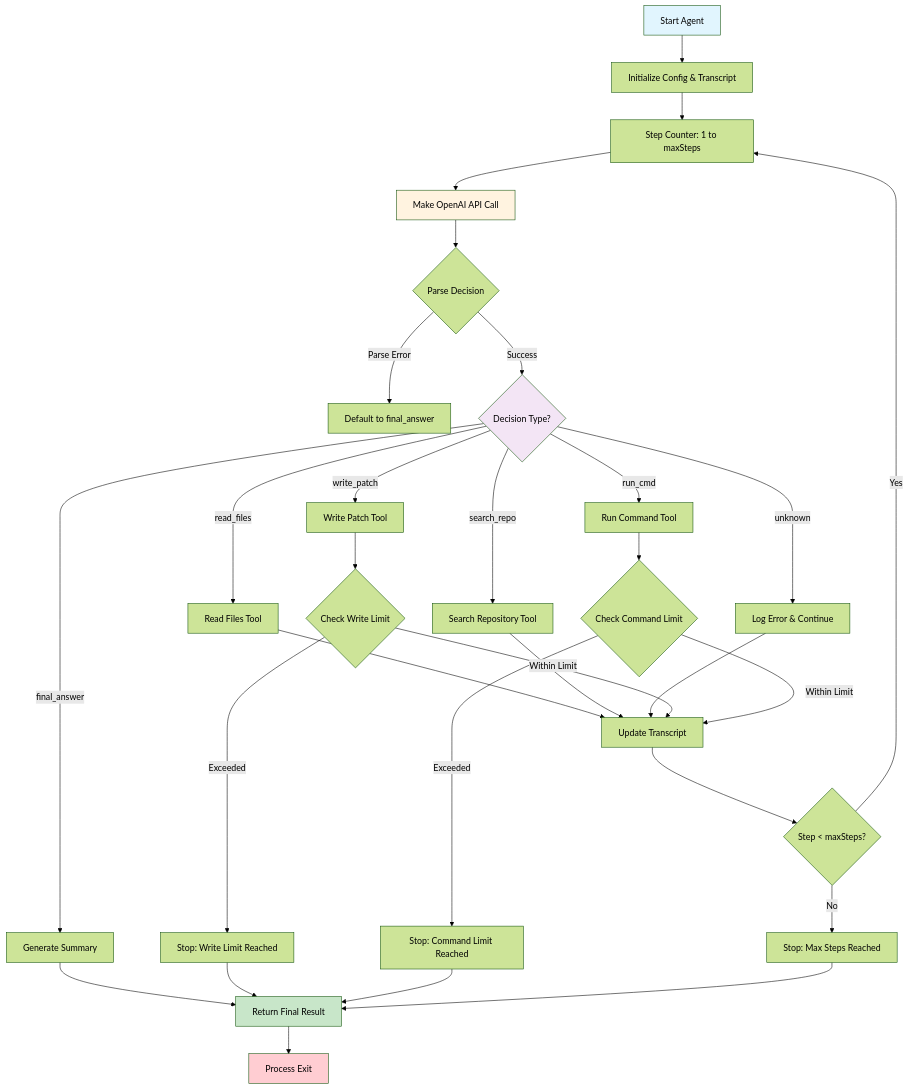
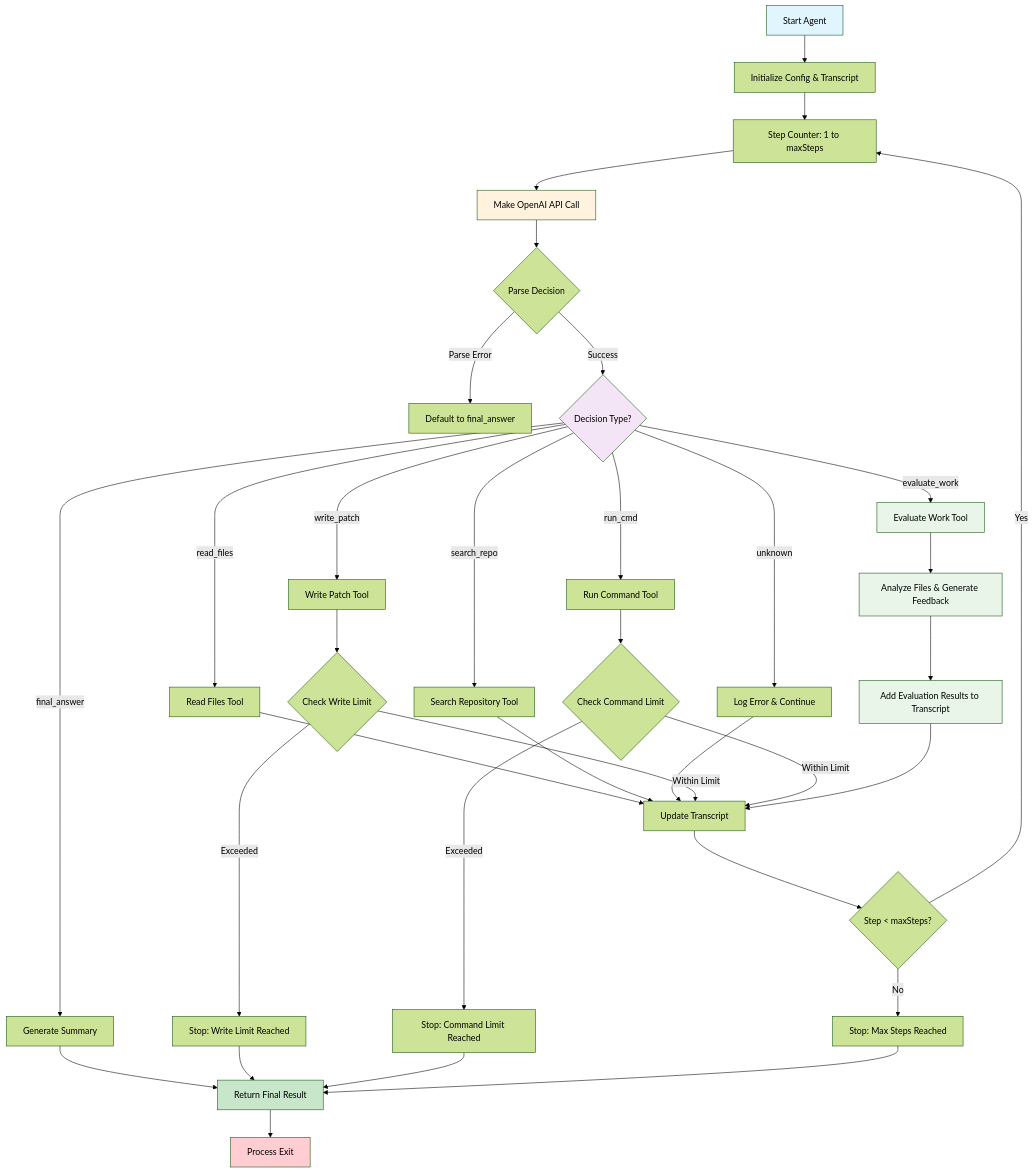
The diagram in readme.md (devhelpr/agent-loop), drawn with Mermaid (forest theme) before and after one commit. The commit also changed other lines of this file, not shown here.

Commit message:
Update README to enhance project documentation with new features and tools
- Added key features section detailing manual tool calls, dual patch formats, work evaluation, robust diff parsing, and iterative workflow.
- Introduced tools available for the agent, including read_files, search_repo, write_patch, run_cmd, evaluate_work, and final_answer.
- Updated architecture diagram to reflect the addition of the evaluate_work tool and its integration into the agent's workflow.

````diff
--- a/readme.md
+++ b/readme.md
@@ -13,44 +28,52 @@
 ```mermaid
 flowchart TD
     A[Start Agent] --> B[Initialize Config & Transcript]
     B --> C[Step Counter: 1 to maxSteps]
     C --> D[Make OpenAI API Call]
     D --> E{Parse Decision}
 
     E -->|Parse Error| F[Default to final_answer]
     E -->|Success| G{Decision Type?}
 
     G -->|read_files| H[Read Files Tool]
     G -->|search_repo| I[Search Repository Tool]
     G -->|write_patch| J[Write Patch Tool]
     G -->|run_cmd| K[Run Command Tool]
-    G -->|final_answer| L[Generate Summary]
-    G -->|unknown| M[Log Error & Continue]
+    G -->|evaluate_work| L[Evaluate Work Tool]
+    G -->|final_answer| M[Generate Summary]
+    G -->|unknown| N[Log Error & Continue]
 
-    H --> N[Update Transcript]
-    I --> N
-    J --> O{Check Write Limit}
-    K --> P{Check Command Limit}
-    M --> N
+    H --> O[Update Transcript]
+    I --> O
+    J --> P{Check Write Limit}
+    K --> Q{Check Command Limit}
+    L --> R[Analyze Files & Generate Feedback]
+    N --> O
 
-    O -->|Within Limit| N
-    O -->|Exceeded| Q[Stop: Write Limit Reached]
-    P -->|Within Limit| N
-    P -->|Exceeded| R[Stop: Command Limit Reached]
+    P -->|Within Limit| O
+    P -->|Exceeded| S[Stop: Write Limit Reached]
+    Q -->|Within Limit| O
+    Q -->|Exceeded| T[Stop: Command Limit Reached]
 
-    N --> S{Step < maxSteps?}
-    S -->|Yes| C
-    S -->|No| T[Stop: Max Steps Reached]
+    R --> U[Add Evaluation Results to Transcript]
+    U --> O
 
-    L --> U[Return Final Result]
-    Q --> U
-    R --> U
-    T --> U
-    U --> V[Process Exit]
+    O --> V{Step < maxSteps?}
+    V -->|Yes| C
+    V -->|No| W[Stop: Max Steps Reached]
+
+    M --> X[Return Final Result]
+    S --> X
+    T --> X
+    W --> X
+    X --> Y[Process Exit]
 
     style A fill:#e1f5fe
-    style U fill:#c8e6c9
-    style V fill:#ffcdd2
+    style X fill:#c8e6c9
+    style Y fill:#ffcdd2
     style D fill:#fff3e0
     style G fill:#f3e5f5
+    style L fill:#e8f5e8
+    style R fill:#e8f5e8
+    style U fill:#e8f5e8
 ```
````
